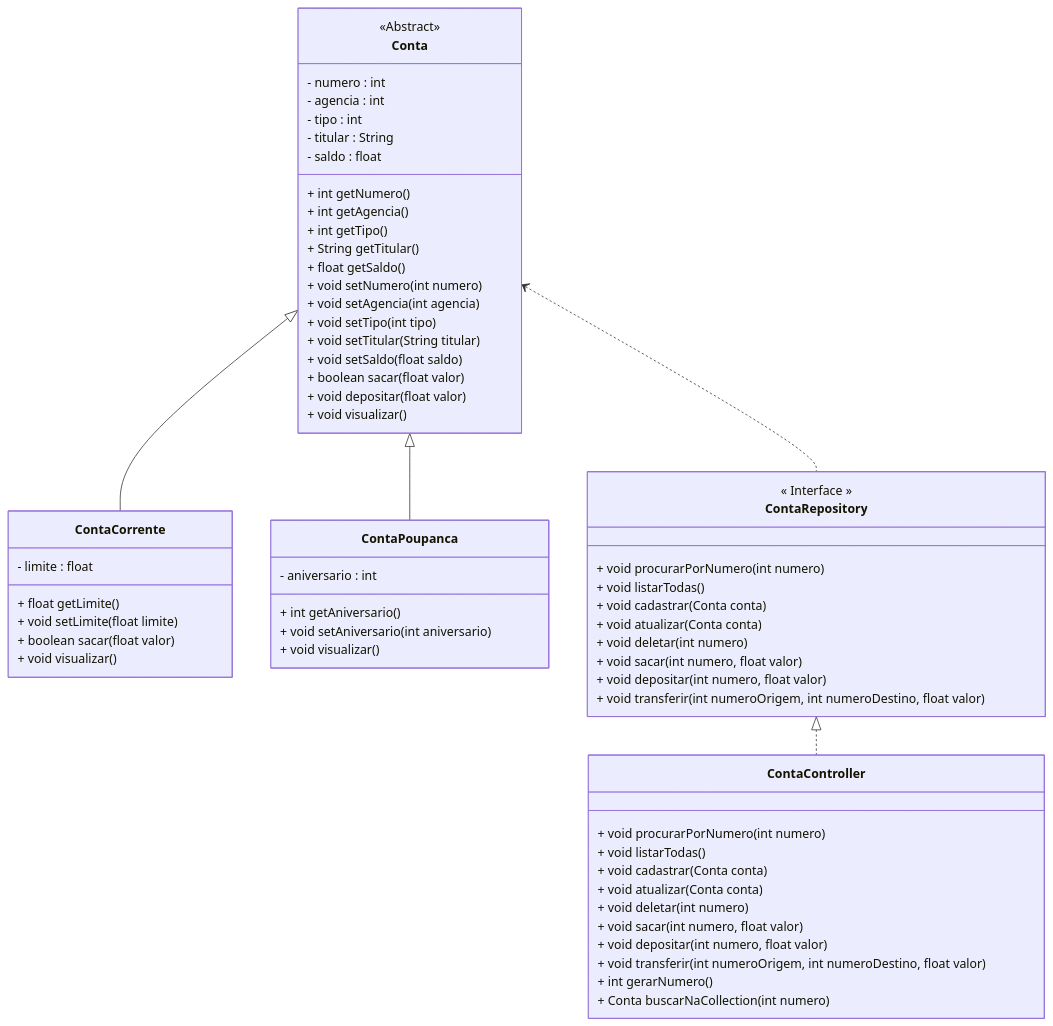
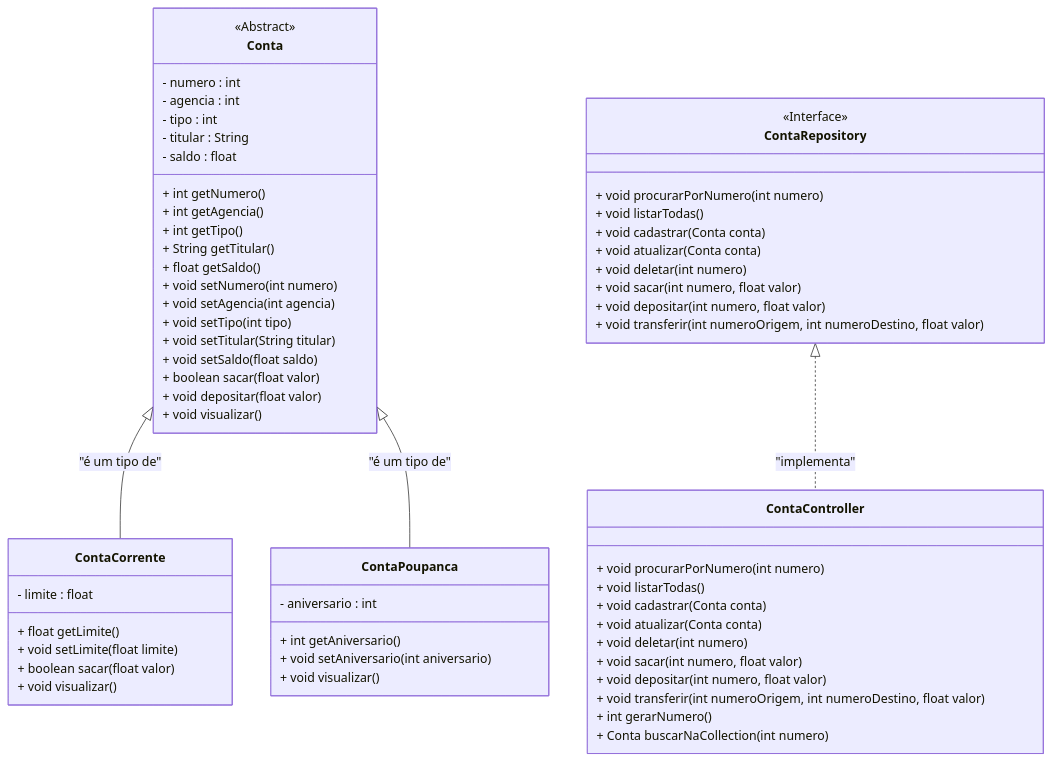
The diagram in 01_java/pr01.md (rafaelq80/cookbook_java_2025), drawn with Mermaid before and after one commit. The commit also changed other lines of this file and 39 other files, not shown here.

````diff
--- a/01_java/pr01.md
+++ b/01_java/pr01.md
@@ -15,64 +15,63 @@
 ```mermaid
 classDiagram
 class Conta {
 <<Abstract>>
   - numero : int
   - agencia : int
   - tipo : int
   - titular : String
   - saldo : float
   + int getNumero()
   + int getAgencia()
   + int getTipo()
   + String getTitular()
   + float getSaldo()
   + void setNumero(int numero)
   + void setAgencia(int agencia)
   + void setTipo(int tipo)
   + void setTitular(String titular)
   + void setSaldo(float saldo)
   + boolean sacar(float valor)
   + void depositar(float valor)
   + void visualizar()
 }
 class ContaCorrente {
   - limite : float
   + float getLimite()
   + void setLimite(float limite)
   + boolean sacar(float valor)
   + void visualizar()
 }
 class ContaPoupanca {
   - aniversario : int
   + int getAniversario()
   + void setAniversario(int aniversario)
   + void visualizar()
 }
-class ContaRepository{
-<< Interface >>
-+ void procurarPorNumero(int numero)
-+ void listarTodas()
-+ void cadastrar(Conta conta)
-+ void atualizar(Conta conta)
-+ void deletar(int numero)
-+ void sacar(int numero, float valor)
-+ void depositar(int numero, float valor)
-+ void transferir(int numeroOrigem, int numeroDestino, float valor)
+class ContaRepository {
+<<Interface>>
+  + void procurarPorNumero(int numero)
+  + void listarTodas()
+  + void cadastrar(Conta conta)
+  + void atualizar(Conta conta)
+  + void deletar(int numero)
+  + void sacar(int numero, float valor)
+  + void depositar(int numero, float valor)
+  + void transferir(int numeroOrigem, int numeroDestino, float valor)
 }
-class ContaController{
-+ void procurarPorNumero(int numero)
-+ void listarTodas()
-+ void cadastrar(Conta conta)
-+ void atualizar(Conta conta)
-+ void deletar(int numero)
-+ void sacar(int numero, float valor)
-+ void depositar(int numero, float valor)
-+ void transferir(int numeroOrigem, int numeroDestino, float valor)
-+ int gerarNumero()
-+ Conta buscarNaCollection(int numero)
+class ContaController {
+  + void procurarPorNumero(int numero)
+  + void listarTodas()
+  + void cadastrar(Conta conta)
+  + void atualizar(Conta conta)
+  + void deletar(int numero)
+  + void sacar(int numero, float valor)
+  + void depositar(int numero, float valor)
+  + void transferir(int numeroOrigem, int numeroDestino, float valor)
+  + int gerarNumero()
+  + Conta buscarNaCollection(int numero)
 }
-Conta <|-- ContaCorrente
-Conta <|-- ContaPoupanca
-Conta <.. ContaRepository
-ContaRepository <|.. ContaController
+Conta <|-- ContaCorrente : "é um tipo de"
+Conta <|-- ContaPoupanca : "é um tipo de"
+ContaRepository <|.. ContaController : "implementa"
 ```
````
